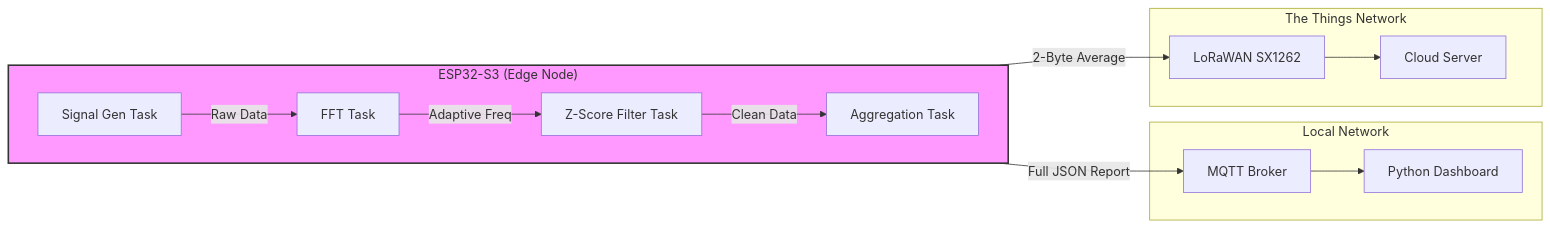
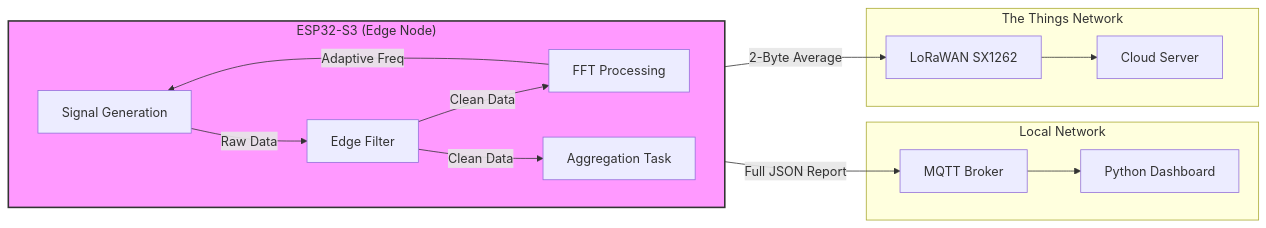
One commit to darked0/IoT_assignment changed the first of 4 diagrams in README.md. Above: the diagram before and after it, drawn with Mermaid.

````diff
--- a/README.md
+++ b/README.md
@@ -5,23 +5,24 @@
 ```mermaid
 graph LR
     subgraph ESP32["ESP32-S3 (Edge Node)"]
         direction LR
-        SG[Signal Gen Task] -->|Raw Data| FFT[FFT Task]
-        FFT -->|Adaptive Freq| FLT[Z-Score Filter Task]
+        SG[Signal Generation] -->|Raw Data| FLT[Edge Filter]
+        FLT -->|Clean Data| FFT[FFT Processing]
+        FFT -->|Adaptive Freq| SG
         FLT -->|Clean Data| AGG[Aggregation Task]
     end
 
     subgraph Local["Local Network"]
         MQTT[MQTT Broker] --> DASH[Python Dashboard]
     end
 
     subgraph Cloud["The Things Network"]
         LORA[LoRaWAN SX1262] --> TTN[Cloud Server]
     end
 
     AGG -->|Full JSON Report| MQTT
     AGG -->|2-Byte Average| LORA
 
     classDef edge fill:#f9f,stroke:#333,stroke-width:2px;
     class ESP32 edge;
 ```
````
